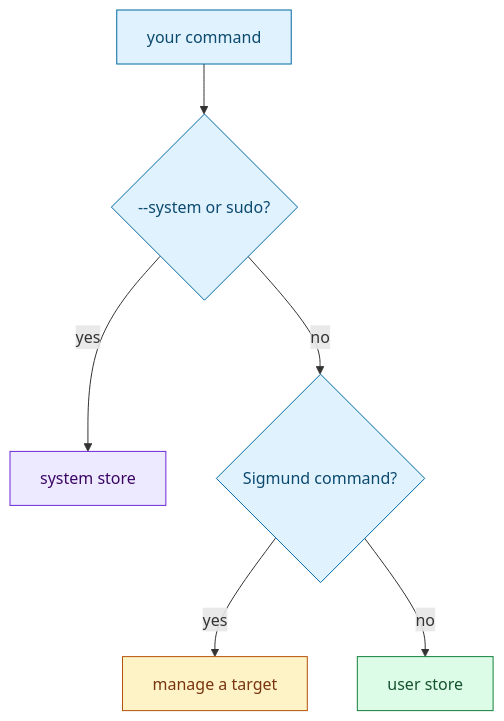
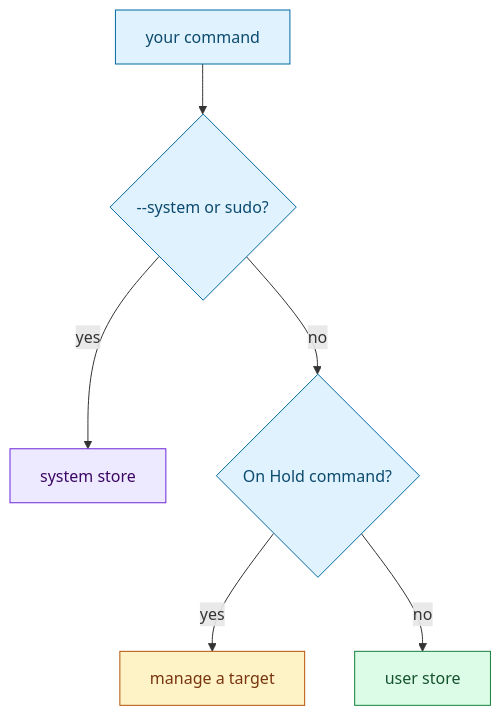
One commit to RchGrav/HoldOn changed the third of 7 diagrams in docs/quickstart.md. Above: the diagram before and after it, drawn with Mermaid. The commit also changed other lines of this file and 91 other files, not shown here.

````diff
--- a/docs/quickstart.md
+++ b/docs/quickstart.md
@@ -115,17 +115,17 @@
 ```mermaid
 flowchart TD
     Invoke["your command"] --> System{"--system or sudo?"}
     System -->|"yes"| SystemStore["system store"]
-    System -->|"no"| Owned{"Sigmund command?"}
+    System -->|"no"| Owned{"On Hold command?"}
     Owned -->|"yes"| Manage["manage a target"]
     Owned -->|"no"| UserStore["user store"]
 
     classDef input fill:#e0f2fe,stroke:#0369a1,color:#0c4a6e
     classDef user fill:#dcfce7,stroke:#15803d,color:#14532d
     classDef system fill:#ede9fe,stroke:#6d28d9,color:#3b0764
     classDef manage fill:#fef3c7,stroke:#b45309,color:#78350f
     class Invoke,System,Owned input
     class UserStore user
     class SystemStore system
     class Manage manage
 ```
````
